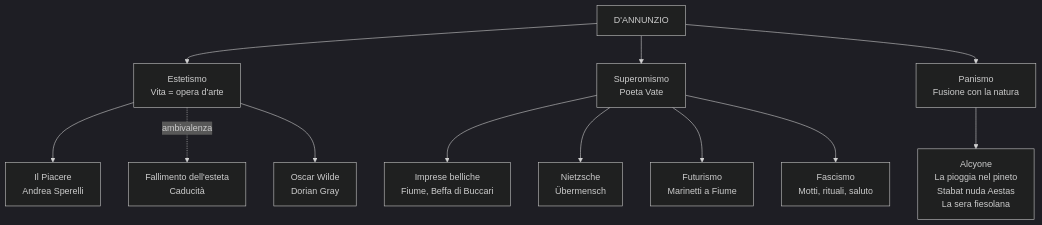
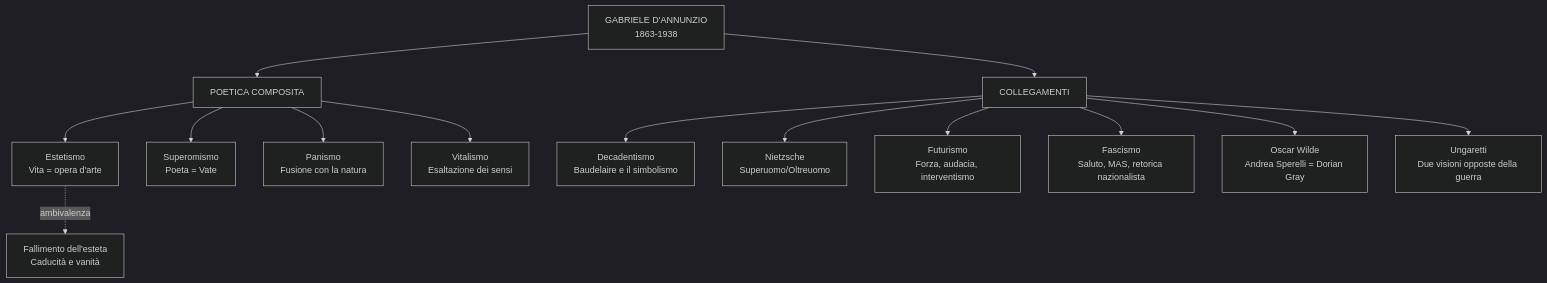
One commit to riccardo-algorime/appunti-5Bsa changed the second of 2 diagrams in italiano/dannunzio/riassunto.md. Above: the diagram before and after it, drawn with Mermaid (dark theme). The commit also changed other lines of this file and 7 other files, not shown here.

````diff
--- a/italiano/dannunzio/riassunto.md
+++ b/italiano/dannunzio/riassunto.md
@@ -208,14 +265,18 @@
 ```mermaid
 flowchart TD
-    A[D'ANNUNZIO] --> B[Estetismo<br/>Vita = opera d'arte]
-    A --> C[Superomismo<br/>Poeta Vate]
-    A --> D[Panismo<br/>Fusione con la natura]
-    B --> E[Il Piacere<br/>Andrea Sperelli]
-    B -.->|ambivalenza| H[Fallimento dell'esteta<br/>Caducità]
-    C --> F[Imprese belliche<br/>Fiume, Beffa di Buccari]
-    D --> G[Alcyone<br/>La pioggia nel pineto<br/>Stabat nuda Aestas<br/>La sera fiesolana]
-    B --> I[Oscar Wilde<br/>Dorian Gray]
-    C --> J[Nietzsche<br/>Übermensch]
-    C --> K[Futurismo<br/>Marinetti a Fiume]
-    C --> L[Fascismo<br/>Motti, rituali, saluto]
+    A[GABRIELE D'ANNUNZIO<br/>1863-1938] --> B[POETICA COMPOSITA]
+    B --> C[Estetismo<br/>Vita = opera d'arte]
+    B --> D[Superomismo<br/>Poeta = Vate]
+    B --> E[Panismo<br/>Fusione con la natura]
+    B --> F[Vitalismo<br/>Esaltazione dei sensi]
+
+    A --> G[COLLEGAMENTI]
+    G --> H[Decadentismo<br/>Baudelaire e il simbolismo]
+    G --> I[Nietzsche<br/>Superuomo/Oltreuomo]
+    G --> J[Futurismo<br/>Forza, audacia, interventismo]
+    G --> K[Fascismo<br/>Saluto, MAS, retorica nazionalista]
+    G --> L[Oscar Wilde<br/>Andrea Sperelli = Dorian Gray]
+    G --> M[Ungaretti<br/>Due visioni opposte della guerra]
+
+    C -.->|ambivalenza| N[Fallimento dell'esteta<br/>Caducità e vanità]
 ```
````
